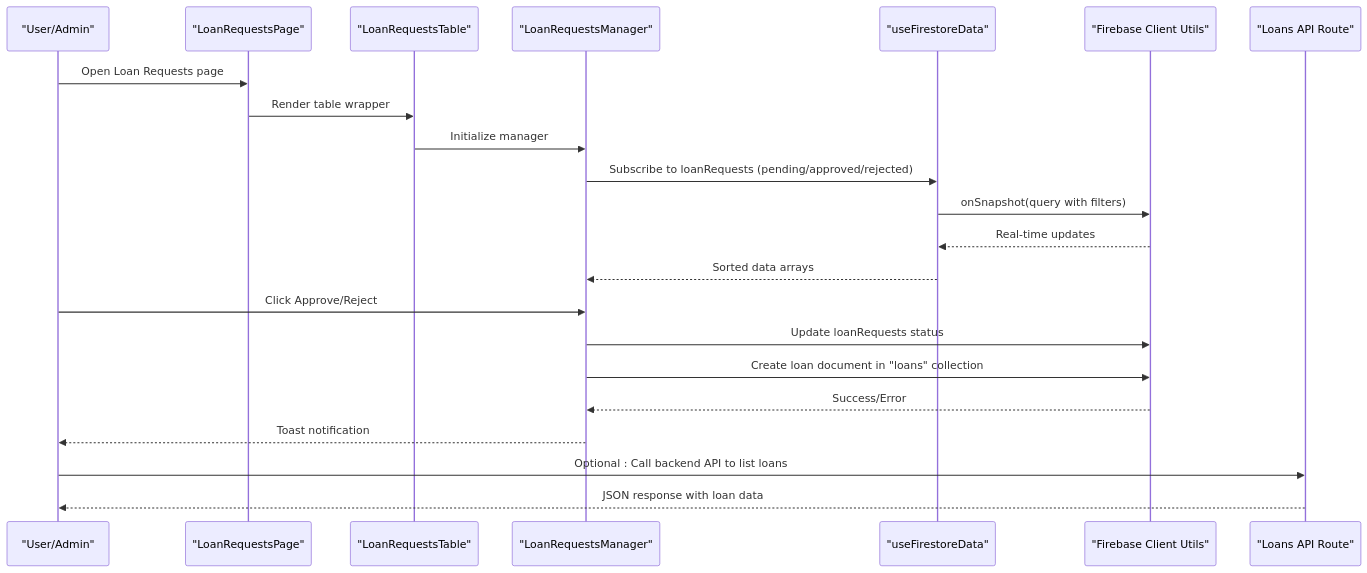
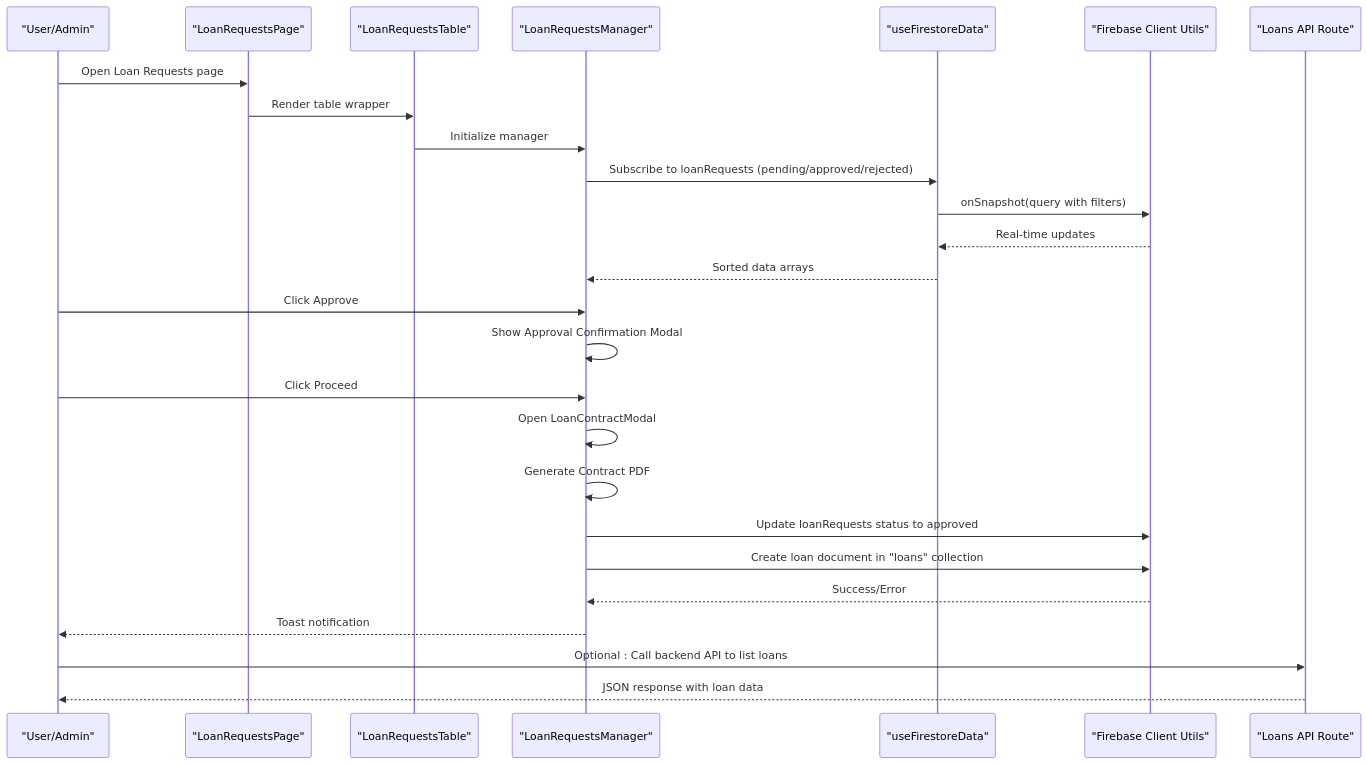
The second of 4 diagrams in .qoder/repowiki/en/content/Loan Management System/Loan Approval Process.md (Unsure-bry/sampacoop_system), drawn with Mermaid before and after one commit. The commit also changed other lines of this file and 24 other files, not shown here.

````diff
--- a/.qoder/repowiki/en/content/Loan Management System/Loan Approval Process.md
+++ b/.qoder/repowiki/en/content/Loan Management System/Loan Approval Process.md
@@ -108,24 +124,28 @@
 ```mermaid
 sequenceDiagram
 participant U as "User/Admin"
 participant P as "LoanRequestsPage"
 participant T as "LoanRequestsTable"
 participant M as "LoanRequestsManager"
 participant H as "useFirestoreData"
 participant F as "Firebase Client Utils"
 participant R as "Loans API Route"
 U->>P : Open Loan Requests page
 P->>T : Render table wrapper
 T->>M : Initialize manager
 M->>H : Subscribe to loanRequests (pending/approved/rejected)
 H->>F : onSnapshot(query with filters)
 F-->>H : Real-time updates
 H-->>M : Sorted data arrays
-U->>M : Click Approve/Reject
-M->>F : Update loanRequests status
+U->>M : Click Approve
+M->>M : Show Approval Confirmation Modal
+U->>M : Click Proceed
+M->>M : Open LoanContractModal
+M->>M : Generate Contract PDF
+M->>F : Update loanRequests status to approved
 M->>F : Create loan document in "loans" collection
 F-->>M : Success/Error
 M-->>U : Toast notification
 U->>R : Optional : Call backend API to list loans
 R-->>U : JSON response with loan data
 ```
````
